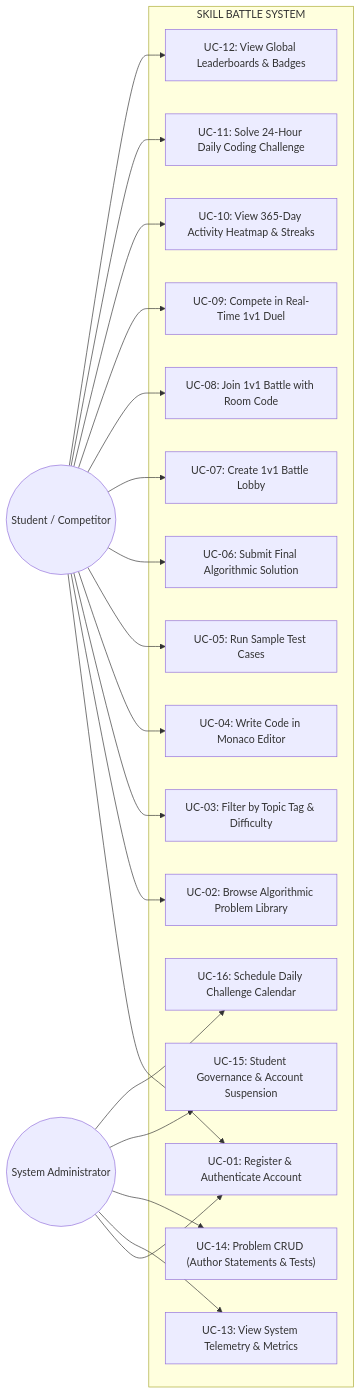
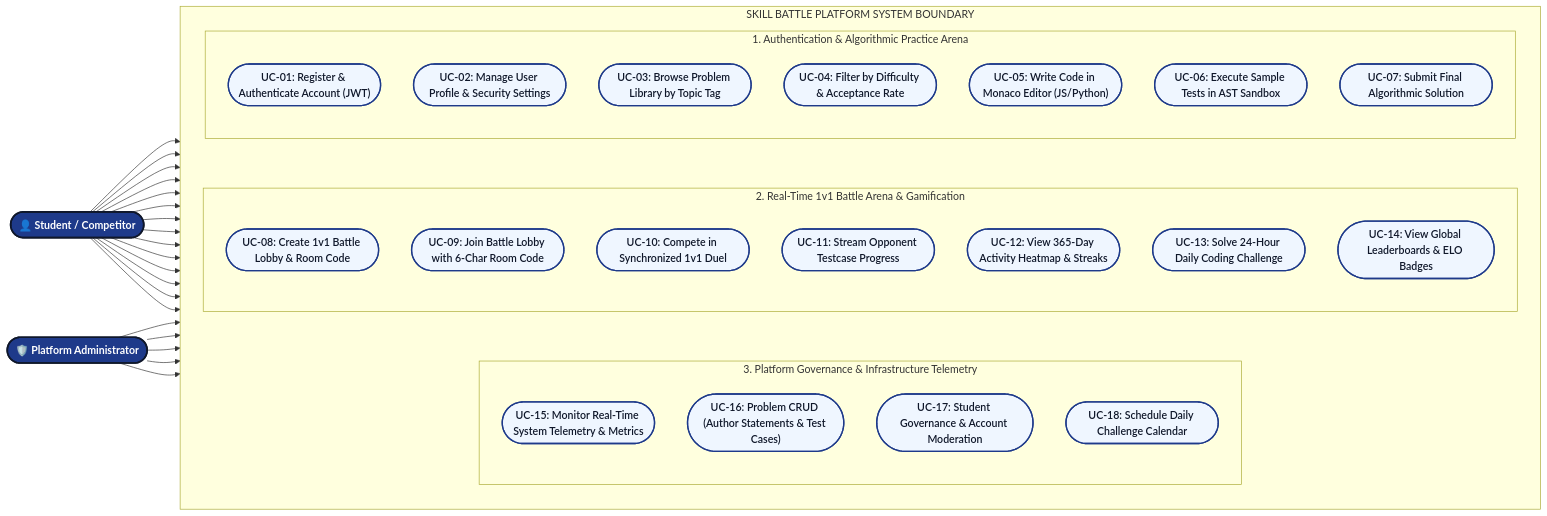
One commit to koushikreddy89/Skill-Battle changed the diagram in diagrams/02_use_case_diagram.mmd. Above: the diagram before and after it, drawn with Mermaid. The commit also changed 102 other files, not shown here.

Commit message:
docs: finalize professional project report and full-page diagram redesigns

```diff
--- a/diagrams/02_use_case_diagram.mmd
+++ b/diagrams/02_use_case_diagram.mmd
@@ -1,42 +1,63 @@
 flowchart LR
-    Student((Student / Competitor))
-    Admin((System Administrator))
+    Student(["👤 Student / Competitor"]):::actorStyle
+    Admin(["🛡️ Platform Administrator"]):::actorStyle
 
-    subgraph SkillBattleSystem ["SKILL BATTLE SYSTEM"]
-        UC01["UC-01: Register & Authenticate Account"]
-        UC02["UC-02: Browse Algorithmic Problem Library"]
-        UC03["UC-03: Filter by Topic Tag & Difficulty"]
-        UC04["UC-04: Write Code in Monaco Editor"]
-        UC05["UC-05: Run Sample Test Cases"]
-        UC06["UC-06: Submit Final Algorithmic Solution"]
-        UC07["UC-07: Create 1v1 Battle Lobby"]
-        UC08["UC-08: Join 1v1 Battle with Room Code"]
-        UC09["UC-09: Compete in Real-Time 1v1 Duel"]
-        UC10["UC-10: View 365-Day Activity Heatmap & Streaks"]
-        UC11["UC-11: Solve 24-Hour Daily Coding Challenge"]
-        UC12["UC-12: View Global Leaderboards & Badges"]
-        
-        UC13["UC-13: View System Telemetry & Metrics"]
-        UC14["UC-14: Problem CRUD (Author Statements & Tests)"]
-        UC15["UC-15: Student Governance & Account Suspension"]
-        UC16["UC-16: Schedule Daily Challenge Calendar"]
+    subgraph SystemBoundary ["SKILL BATTLE PLATFORM SYSTEM BOUNDARY"]
+        direction TB
+
+        subgraph CoreSubsystem ["1. Authentication & Algorithmic Practice Arena"]
+            direction TB
+            UC01(["UC-01: Register & Authenticate Account (JWT)"]):::ucStyle
+            UC02(["UC-02: Manage User Profile & Security Settings"]):::ucStyle
+            UC03(["UC-03: Browse Problem Library by Topic Tag"]):::ucStyle
+            UC04(["UC-04: Filter by Difficulty & Acceptance Rate"]):::ucStyle
+            UC05(["UC-05: Write Code in Monaco Editor (JS/Python)"]):::ucStyle
+            UC06(["UC-06: Execute Sample Tests in AST Sandbox"]):::ucStyle
+            UC07(["UC-07: Submit Final Algorithmic Solution"]):::ucStyle
+        end
+
+        subgraph BattleSubsystem ["2. Real-Time 1v1 Battle Arena & Gamification"]
+            direction TB
+            UC08(["UC-08: Create 1v1 Battle Lobby & Room Code"]):::ucStyle
+            UC09(["UC-09: Join Battle Lobby with 6-Char Room Code"]):::ucStyle
+            UC10(["UC-10: Compete in Synchronized 1v1 Duel"]):::ucStyle
+            UC11(["UC-11: Stream Opponent Testcase Progress"]):::ucStyle
+            UC12(["UC-12: View 365-Day Activity Heatmap & Streaks"]):::ucStyle
+            UC13(["UC-13: Solve 24-Hour Daily Coding Challenge"]):::ucStyle
+            UC14(["UC-14: View Global Leaderboards & ELO Badges"]):::ucStyle
+        end
+
+        subgraph AdminSubsystem ["3. Platform Governance & Infrastructure Telemetry"]
+            direction TB
+            UC15(["UC-15: Monitor Real-Time System Telemetry & Metrics"]):::ucStyle
+            UC16(["UC-16: Problem CRUD (Author Statements & Test Cases)"]):::ucStyle
+            UC17(["UC-17: Student Governance & Account Moderation"]):::ucStyle
+            UC18(["UC-18: Schedule Daily Challenge Calendar"]):::ucStyle
+        end
     end
+
+    CoreSubsystem ~~~ BattleSubsystem ~~~ AdminSubsystem
 
     Student --> UC01
     Student --> UC02
     Student --> UC03
     Student --> UC04
     Student --> UC05
     Student --> UC06
     Student --> UC07
     Student --> UC08
     Student --> UC09
     Student --> UC10
     Student --> UC11
     Student --> UC12
+    Student --> UC13
+    Student --> UC14
 
     Admin --> UC01
-    Admin --> UC13
-    Admin --> UC14
     Admin --> UC15
     Admin --> UC16
+    Admin --> UC17
+    Admin --> UC18
+
+    classDef ucStyle fill:#EFF6FF,stroke:#1E3A8A,stroke-width:2px,color:#0F172A,font-weight:600;
+    classDef actorStyle fill:#1E3A8A,stroke:#0F172A,stroke-width:2.5px,color:#FFFFFF,font-weight:700;
```
